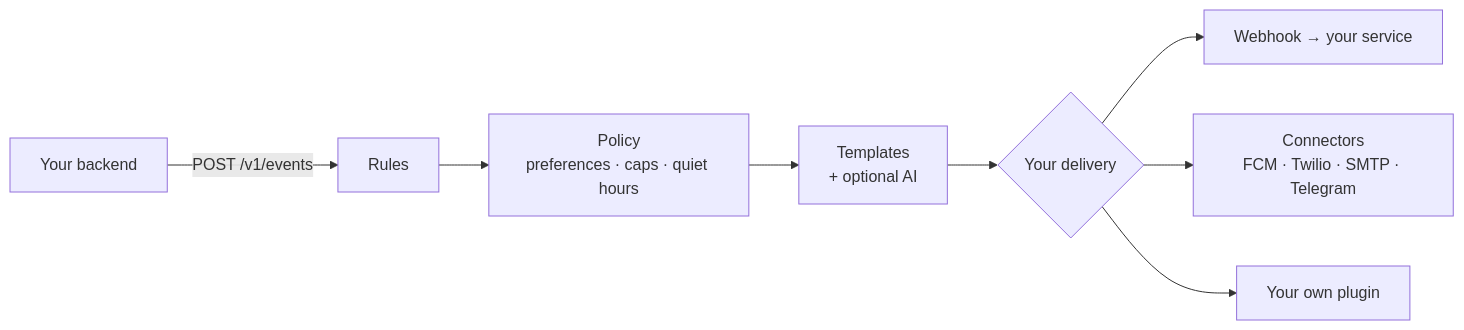
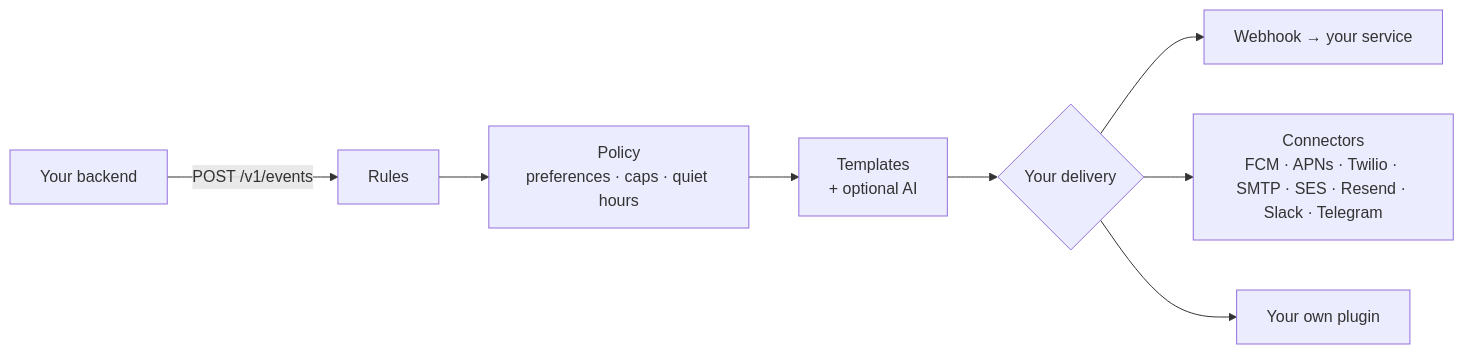
One commit to murtazox04/Cue changed the diagram in docs/index.md. Above: the diagram before and after it, drawn with Mermaid. The commit also changed 19 other files, not shown here.

First line of the commit message:
Add Slack, Resend, Amazon SES and APNs connectors

````diff
--- a/docs/index.md
+++ b/docs/index.md
@@ -11,10 +11,10 @@
 ```mermaid
 flowchart LR
     A[Your backend] -- "POST /v1/events" --> B[Rules]
     B --> C[Policy<br/>preferences · caps · quiet hours]
     C --> D[Templates<br/>+ optional AI]
     D --> E{Your delivery}
     E --> F[Webhook → your service]
-    E --> G[Connectors<br/>FCM · Twilio · SMTP · Telegram]
+    E --> G[Connectors<br/>FCM · APNs · Twilio · SMTP · SES · Resend · Slack · Telegram]
     E --> H[Your own plugin]
 ```
````
